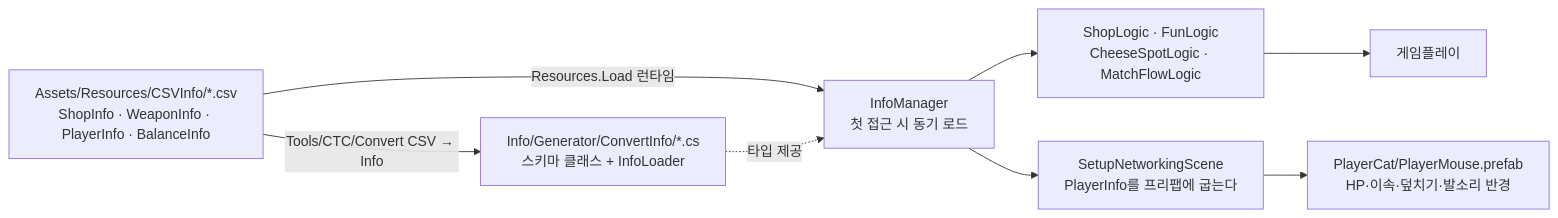
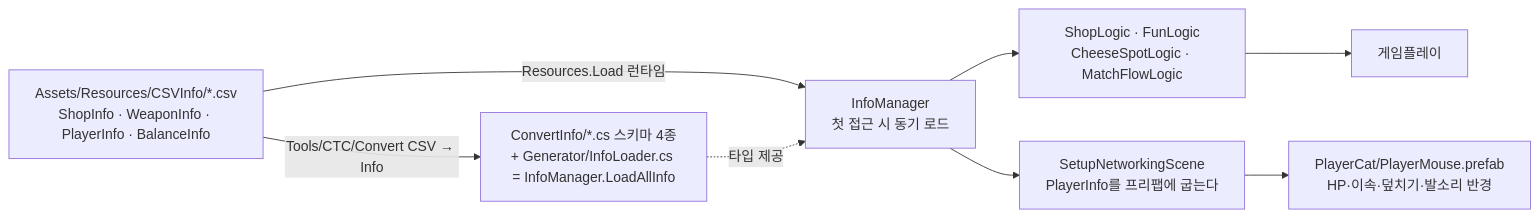
The ninth of 10 diagrams in CTC/docs/design-vault/코드 다이어그램.md (JeahanPark/The-Cheese-Thief-and-the-Cat), drawn with Mermaid before and after one commit. The commit also changed other lines of this file and 11 other files, not shown here.

````diff
--- a/CTC/docs/design-vault/코드 다이어그램.md
+++ b/CTC/docs/design-vault/코드 다이어그램.md
@@ -270,11 +275,11 @@
 ```mermaid
 flowchart LR
     CSV[Assets/Resources/CSVInfo/*.csv<br/>ShopInfo · WeaponInfo · PlayerInfo · BalanceInfo]
-    CSV -->|Tools/CTC/Convert CSV → Info| Gen[Info/Generator/ConvertInfo/*.cs<br/>스키마 클래스 + InfoLoader]
+    CSV -->|Tools/CTC/Convert CSV → Info| Gen[ConvertInfo/*.cs 스키마 4종<br/>+ Generator/InfoLoader.cs = InfoManager.LoadAllInfo]
     CSV -->|Resources.Load 런타임| IM[InfoManager<br/>첫 접근 시 동기 로드]
     Gen -.타입 제공.-> IM
     IM --> Logic[ShopLogic · FunLogic<br/>CheeseSpotLogic · MatchFlowLogic]
     IM --> Setup[SetupNetworkingScene<br/>PlayerInfo를 프리팹에 굽는다]
     Logic --> Game[게임플레이]
     Setup --> Prefab[PlayerCat/PlayerMouse.prefab<br/>HP·이속·덮치기·발소리 반경]
 ```
````
